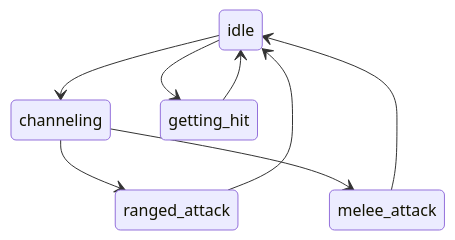
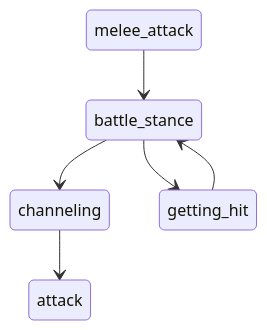
The diagram in docs/mage_types/discussions/more_dynamic_battles.md (dlarv/mage_types), drawn with Mermaid before and after one commit. The commit also changed other lines of this file and 9 other files, not shown here.

````diff
--- a/docs/mage_types/discussions/more_dynamic_battles.md
+++ b/docs/mage_types/discussions/more_dynamic_battles.md
@@ -19,11 +18,9 @@
 ```mermaid
 stateDiagram-v2
-idle --> channeling
-channeling --> ranged_attack
-channeling --> melee_attack
-melee_attack --> idle
-ranged_attack --> idle
+battle_stance --> channeling
+channeling --> attack
+melee_attack --> battle_stance
 
-idle --> getting_hit
-getting_hit --> idle
+battle_stance --> getting_hit
+getting_hit --> battle_stance
 ```
````
